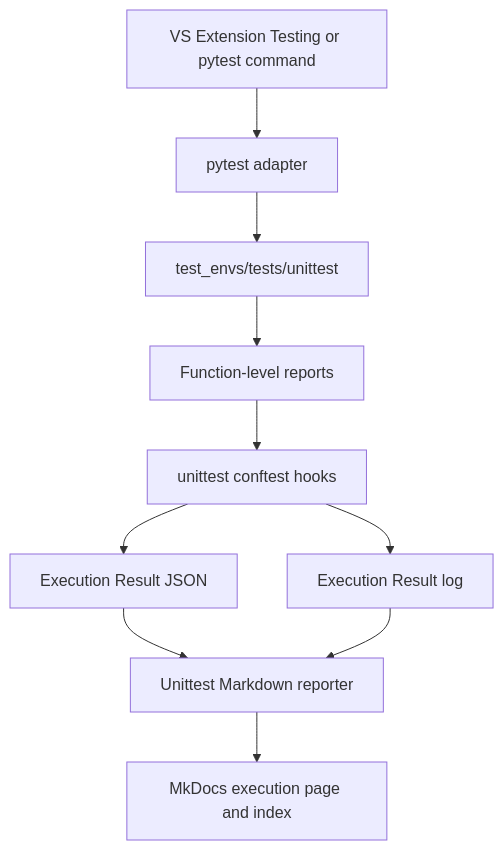
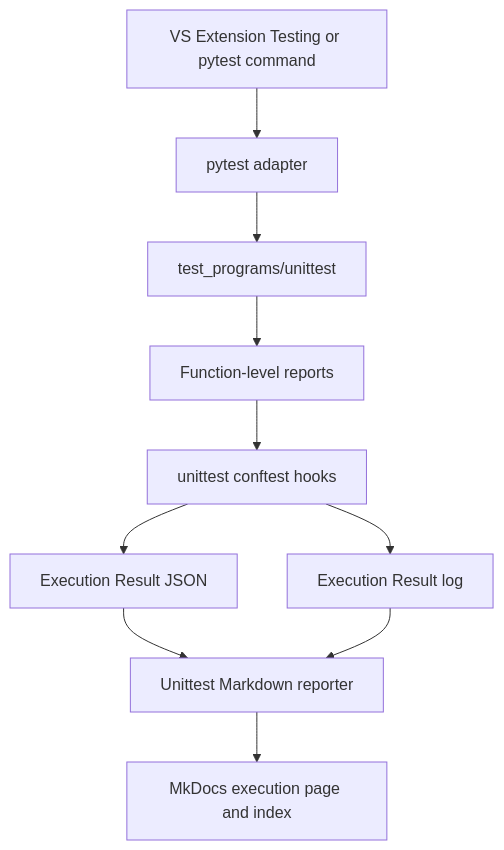
One commit to JeonghunLee/AI-driven-CI-CT changed the diagram in docs/unittest_framework.md. Above: the diagram before and after it, drawn with Mermaid. The commit also changed other lines of this file and 126 other files, not shown here.

````diff
--- a/docs/unittest_framework.md
+++ b/docs/unittest_framework.md
@@ -24,12 +24,12 @@
 ```mermaid
 flowchart TD
     A[VS Extension Testing or pytest command] --> B[pytest adapter]
-    B --> C[test_envs/tests/unittest]
+    B --> C[test_programs/unittest]
     C --> D[Function-level reports]
     D --> E[unittest conftest hooks]
     E --> F[Execution Result JSON]
     E --> G[Execution Result log]
     F --> H[Unittest Markdown reporter]
     G --> H
     H --> I[MkDocs execution page and index]
 ```
````
